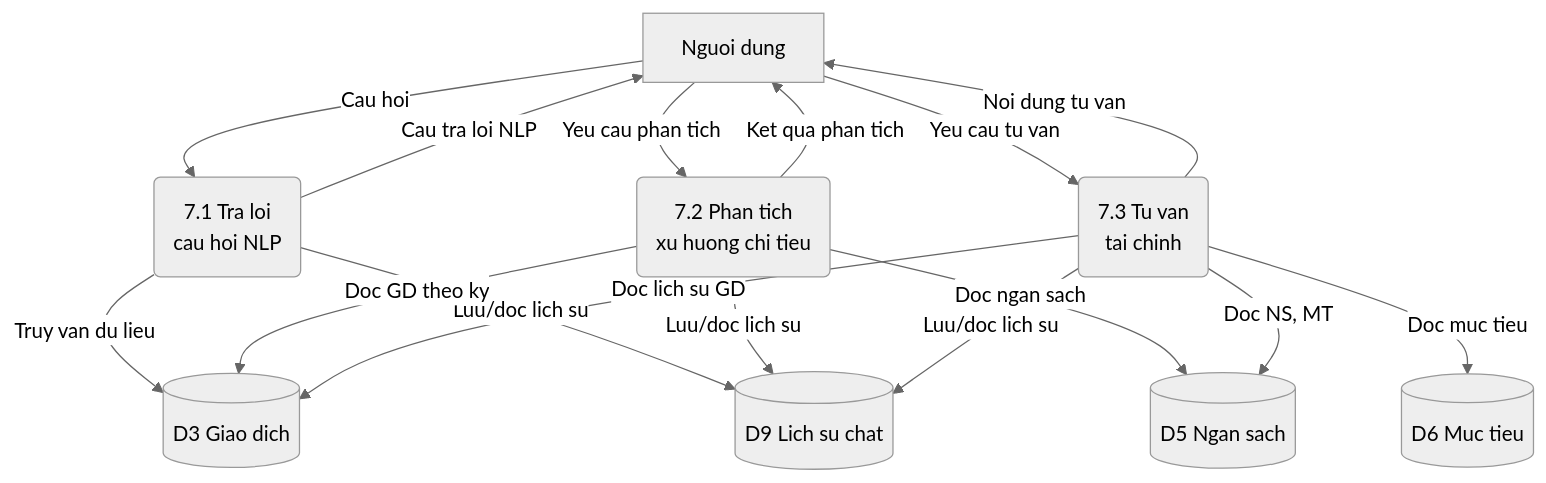
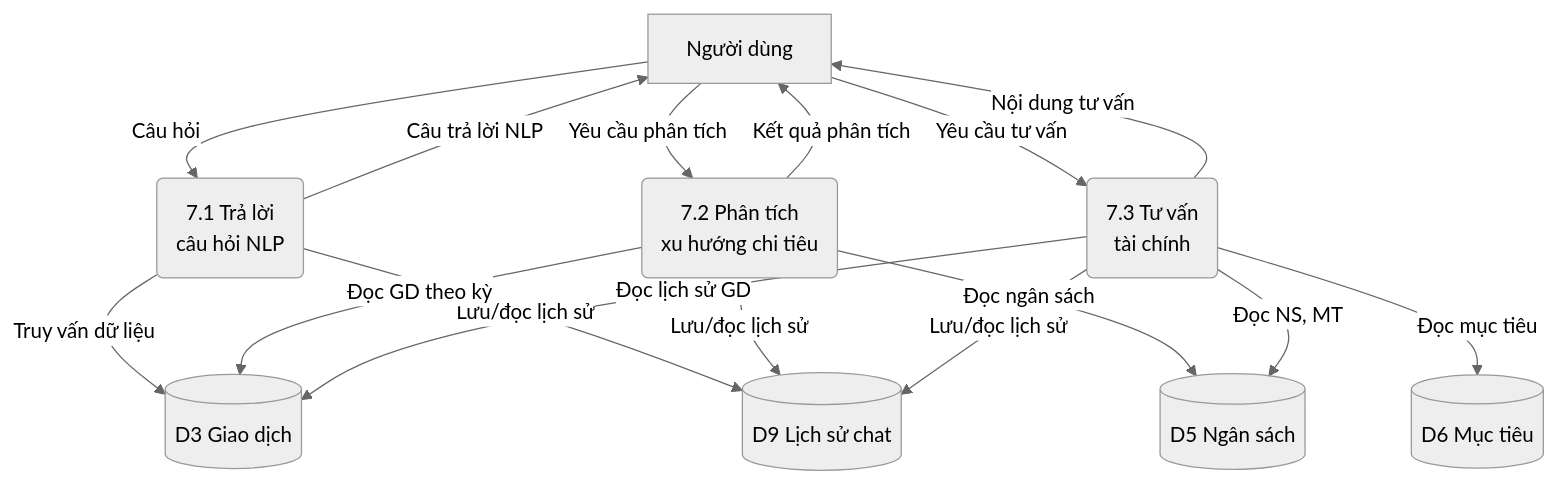
One commit to Hieu-vn/Graduation-Thesis changed the ninth of 10 diagrams in DFD_Diagrams.md. Above: the diagram before and after it, drawn with Mermaid (neutral theme). The commit also changed other lines of this file, not shown here.

Commit message:
docs: Update Data Flow Diagrams documentation.

````diff
--- a/DFD_Diagrams.md
+++ b/DFD_Diagrams.md
@@ -469,30 +469,30 @@
 ```mermaid
 flowchart TB
-    ND["Nguoi dung"]
-    D3[("D3 Giao dich")]
-    D5[("D5 Ngan sach")]
-    D6[("D6 Muc tieu")]
-    D9[("D9 Lich su chat")]
+    ND["Người dùng"]
+    D3[("D3 Giao dịch")]
+    D5[("D5 Ngân sách")]
+    D6[("D6 Mục tiêu")]
+    D9[("D9 Lịch sử chat")]
 
-    P71("7.1 Tra loi<br/>cau hoi NLP")
-    P72("7.2 Phan tich<br/>xu huong chi tieu")
-    P73("7.3 Tu van<br/>tai chinh")
+    P71("7.1 Trả lời\ncâu hỏi NLP")
+    P72("7.2 Phân tích\nxu hướng chi tiêu")
+    P73("7.3 Tư vấn\ntài chính")
 
-    ND -->|"Cau hoi"| P71
-    P71 -->|"Truy van du lieu"| D3
-    P71 -->|"Luu/doc lich su"| D9
-    P71 -->|"Cau tra loi NLP"| ND
+    ND -->|"Câu hỏi"| P71
+    P71 -->|"Truy vấn dữ liệu"| D3
+    P71 -->|"Lưu/đọc lịch sử"| D9
+    P71 -->|"Câu trả lời NLP"| ND
 
-    ND -->|"Yeu cau phan tich"| P72
-    P72 -->|"Doc GD theo ky"| D3
-    P72 -->|"Doc ngan sach"| D5
-    P72 -->|"Luu/doc lich su"| D9
-    P72 -->|"Ket qua phan tich"| ND
+    ND -->|"Yêu cầu phân tích"| P72
+    P72 -->|"Đọc GD theo kỳ"| D3
+    P72 -->|"Đọc ngân sách"| D5
+    P72 -->|"Lưu/đọc lịch sử"| D9
+    P72 -->|"Kết quả phân tích"| ND
 
-    ND -->|"Yeu cau tu van"| P73
-    P73 -->|"Doc lich su GD"| D3
-    P73 -->|"Doc NS, MT"| D5
-    P73 -->|"Doc muc tieu"| D6
-    P73 -->|"Luu/doc lich su"| D9
-    P73 -->|"Noi dung tu van"| ND
+    ND -->|"Yêu cầu tư vấn"| P73
+    P73 -->|"Đọc lịch sử GD"| D3
+    P73 -->|"Đọc NS, MT"| D5
+    P73 -->|"Đọc mục tiêu"| D6
+    P73 -->|"Lưu/đọc lịch sử"| D9
+    P73 -->|"Nội dung tư vấn"| ND
 ```
````
